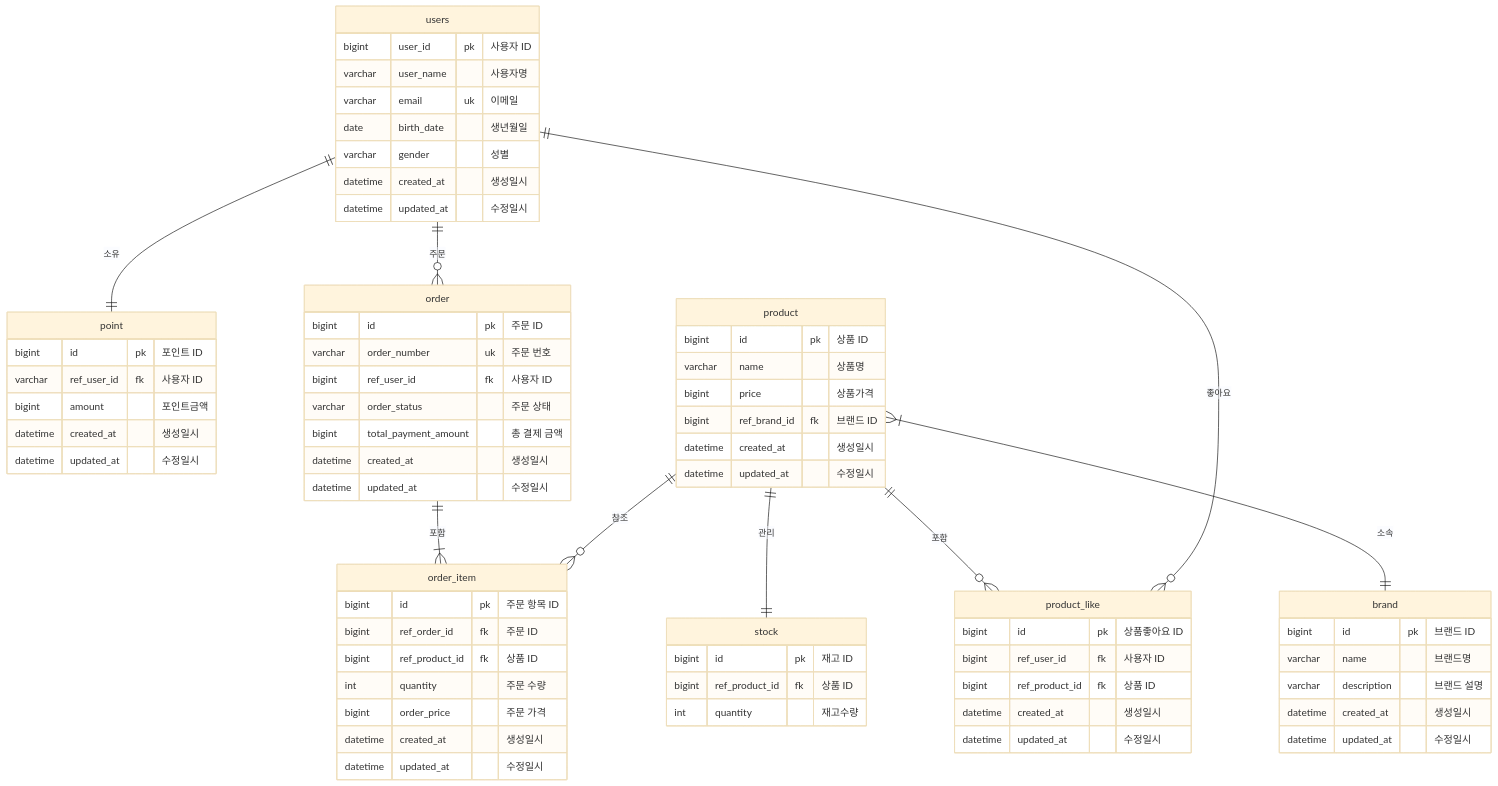
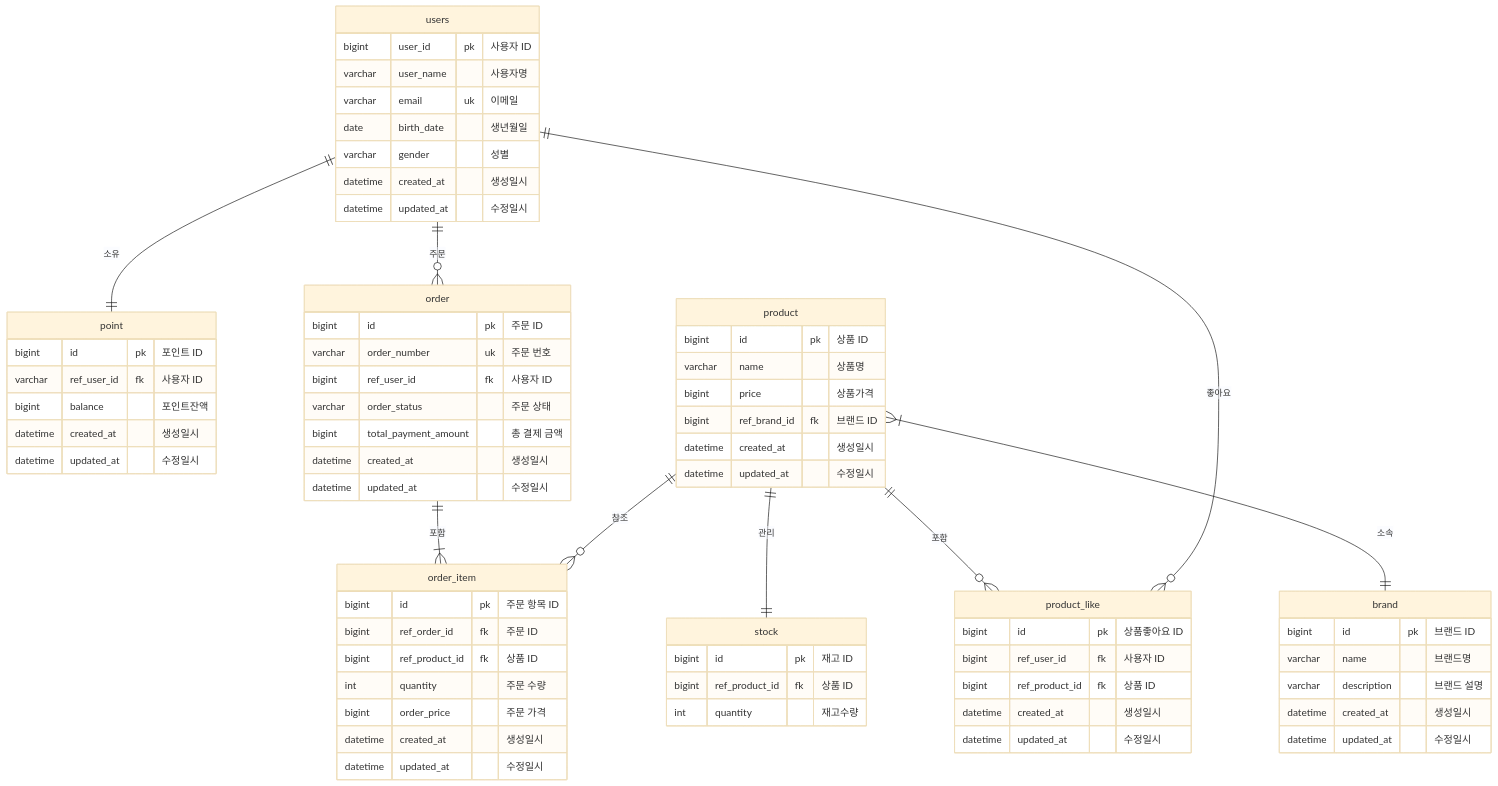
One commit to connieya/gamsung-commerce changed the diagram in docs/design/04-erd.md. Above: the diagram before and after it, drawn with Mermaid (base theme). The commit also changed 2 other files, not shown here.

Commit message:
docs : 클래스 다이어그램 재구성

```diff
--- a/docs/design/04-erd.md
+++ b/docs/design/04-erd.md
@@ -16,7 +16,7 @@
     point {
     bigint id pk "포인트 ID"
     varchar ref_user_id fk "사용자 ID"
-    bigint amount "포인트금액"
+    bigint balance "포인트잔액"
     datetime created_at "생성일시"
     datetime updated_at "수정일시"
     }
```
